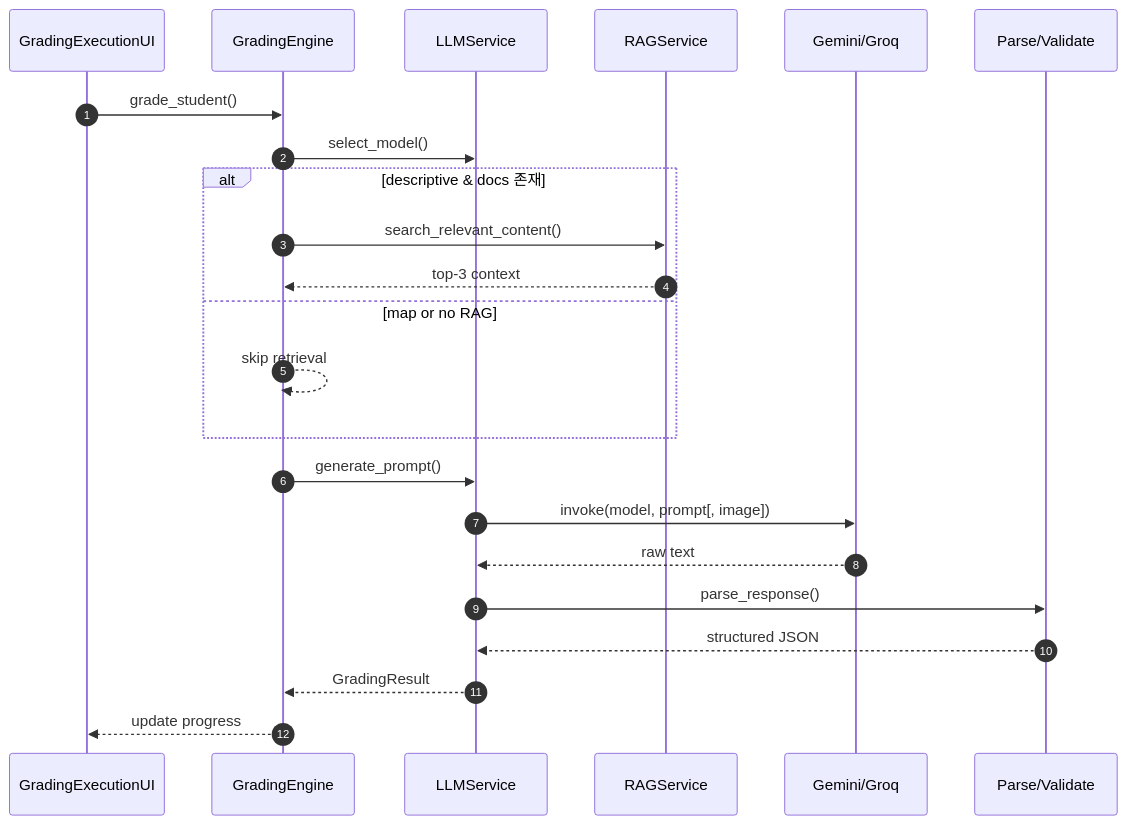
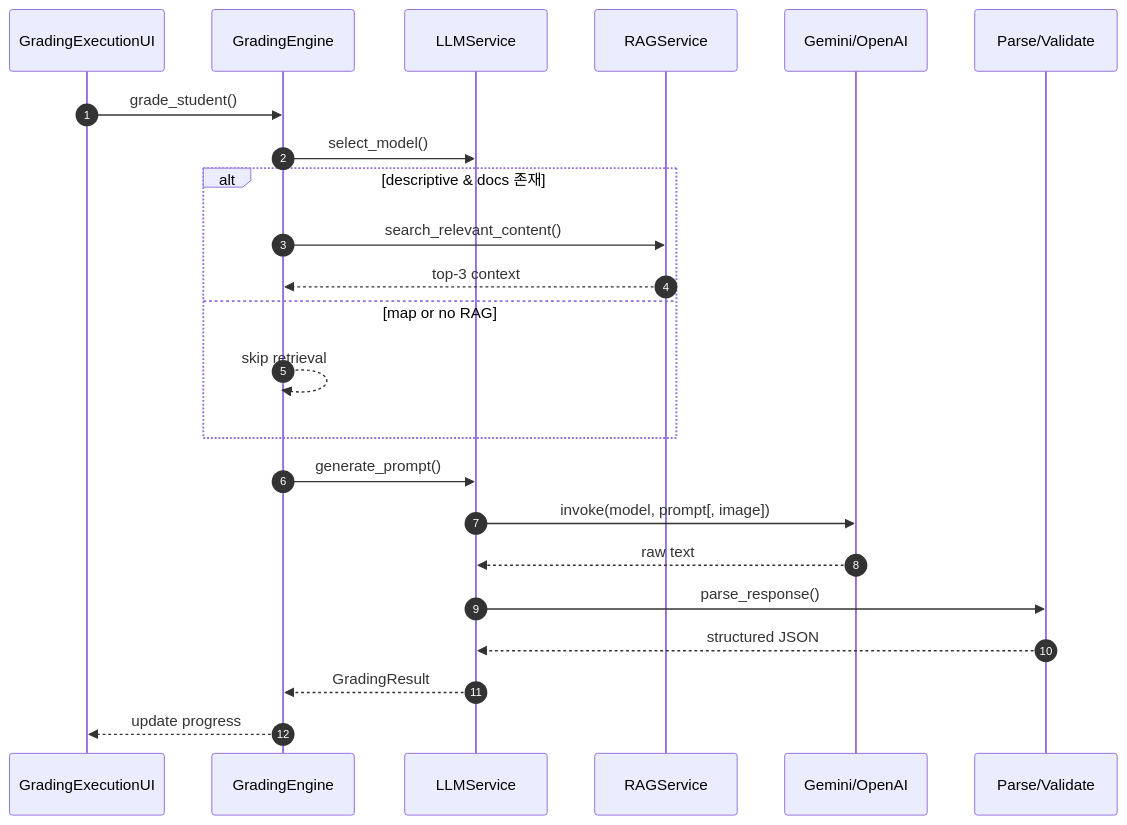
Before and after one commit to GEOeduHJ/goe_assess_web4: the seventh of 12 diagrams in references/architecture.md, drawn with Mermaid. The commit also changed other lines of this file and 17 other files, not shown here.

````diff
--- a/references/architecture.md
+++ b/references/architecture.md
@@ -484,26 +484,26 @@
 ```mermaid
 sequenceDiagram
     autonumber
     participant UI as GradingExecutionUI
     participant GE as GradingEngine
     participant LLM as LLMService
     participant RAG as RAGService
-    participant API as Gemini/Groq
+    participant API as Gemini/OpenAI
     participant PARSE as Parse/Validate
 
     UI->>GE: grade_student()
     GE->>LLM: select_model()
     alt descriptive & docs 존재
         GE->>RAG: search_relevant_content()
         RAG-->>GE: top-3 context
     else map or no RAG
         GE-->>GE: skip retrieval
     end
     GE->>LLM: generate_prompt()
     LLM->>API: invoke(model, prompt[, image])
     API-->>LLM: raw text
     LLM->>PARSE: parse_response()
     PARSE-->>LLM: structured JSON
     LLM-->>GE: GradingResult
     GE-->>UI: update progress
 ```
````
